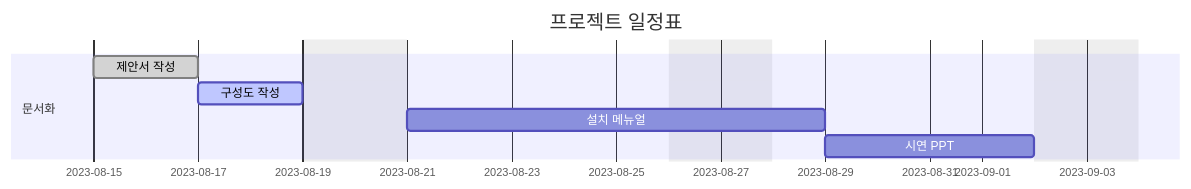
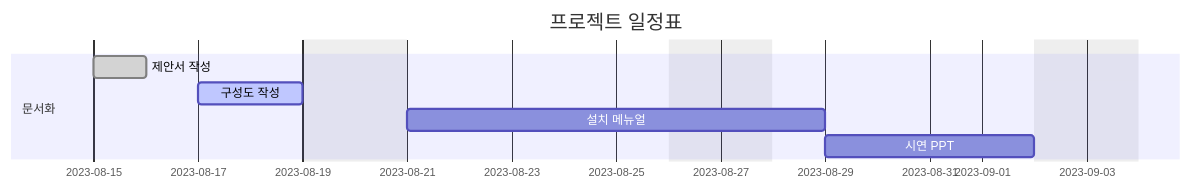
The diagram in README.md (LOFL404/project1), drawn with Mermaid before and after one commit.

````diff
--- a/README.md
+++ b/README.md
@@ -1,16 +1,16 @@
 ```mermaid
 gantt
     dateFormat  YYYY-MM-DD
     axisFormat  %Y-%m-%d
     title       프로젝트 일정표
     excludes    weekends saturday,sunday
     
     section 문서화
-    제안서 작성     :done,    a, 2023-08-15, 2d
+    제안서 작성     :done,    a, 2023-08-15, 1d
     구성도 작성     :active,  b, 2023-08-17, 2d
     설치 메뉴얼     :c, after b, 6d
     시연 PPT        :after c, 4d
 
     section 구현
     
 ```
````
